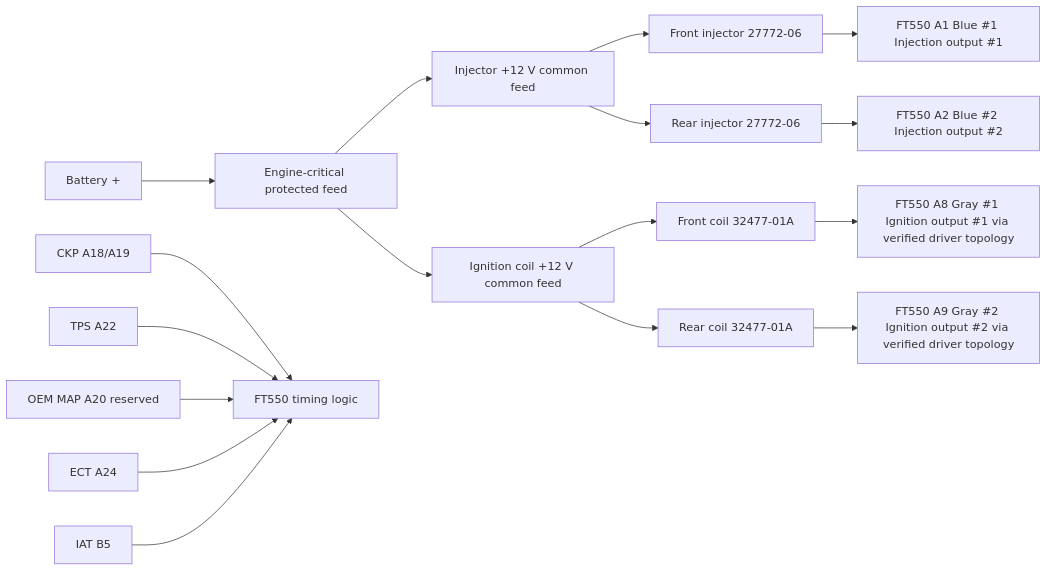
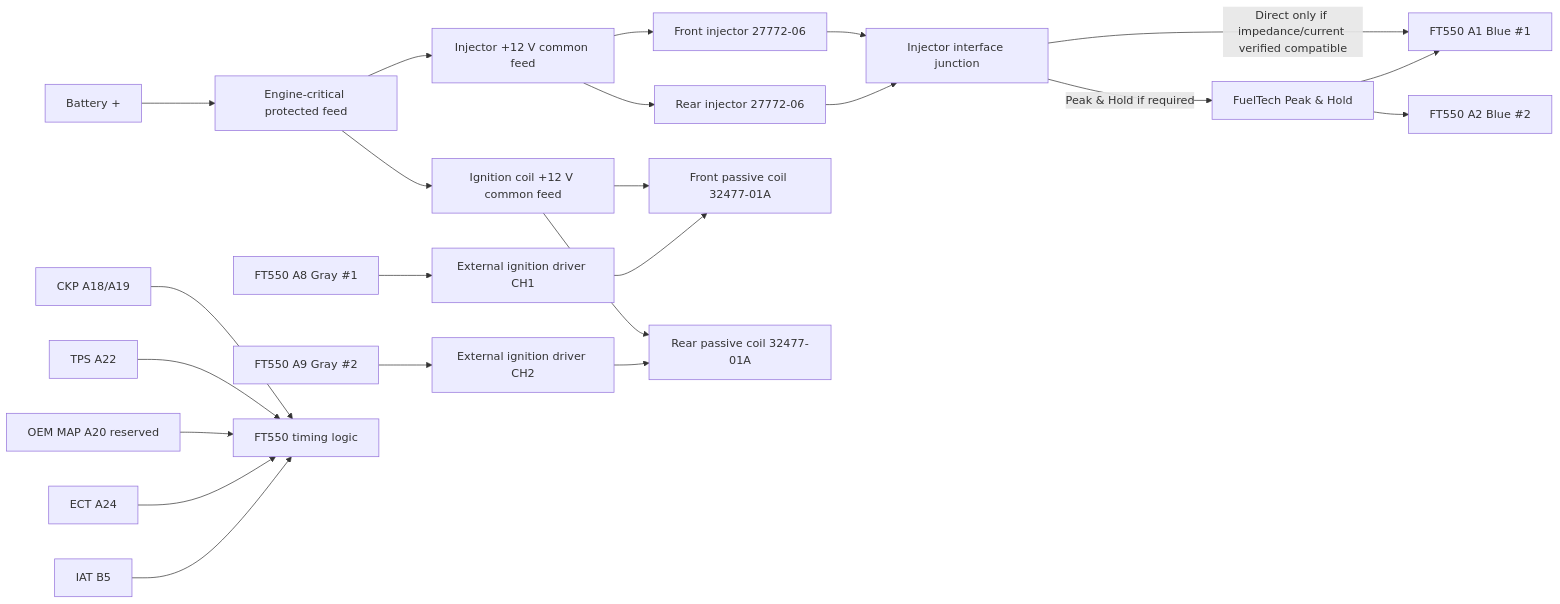
Before and after one commit to sawilso81-M8Cycle/Turbo-Vrod-Fueltec-550-Setup: the diagram in docs/HD-Style-Wiring/Sheet-03-Injection-and-Ignition.md, drawn with Mermaid. The commit also changed other lines of this file, not shown here.

Commit message:
Freeze passive-coil external igniter architecture in Sheet 03

````diff
--- a/docs/HD-Style-Wiring/Sheet-03-Injection-and-Ignition.md
+++ b/docs/HD-Style-Wiring/Sheet-03-Injection-and-Ignition.md
@@ -7,22 +7,28 @@
 ```mermaid
 flowchart LR
   BATT[Battery +] --> EPM[Engine-critical protected feed]
   EPM --> INJ12[Injector +12 V common feed]
   EPM --> COIL12[Ignition coil +12 V common feed]
 
   INJ12 --> INJF[Front injector 27772-06]
   INJ12 --> INJR[Rear injector 27772-06]
-  INJF --> INJFO[FT550 A1 Blue #1 Injection output #1]
-  INJR --> INJRO[FT550 A2 Blue #2 Injection output #2]
+  INJF --> IJ[Injector interface junction]
+  INJR --> IJ
+  IJ -->|Direct only if impedance/current verified compatible| A1[FT550 A1 Blue #1]
+  IJ -->|Peak & Hold if required| PH[FuelTech Peak & Hold]
+  PH --> A1
+  PH --> A2[FT550 A2 Blue #2]
 
-  COIL12 --> COILF[Front coil 32477-01A]
-  COIL12 --> COILR[Rear coil 32477-01A]
-  COILF --> IGNF[FT550 A8 Gray #1 Ignition output #1 via verified driver topology]
-  COILR --> IGNR[FT550 A9 Gray #2 Ignition output #2 via verified driver topology]
+  COIL12 --> COILF[Front passive coil 32477-01A]
+  COIL12 --> COILR[Rear passive coil 32477-01A]
+  A8[FT550 A8 Gray #1] --> SP1[External ignition driver CH1]
+  A9[FT550 A9 Gray #2] --> SP2[External ignition driver CH2]
+  SP1 --> COILF
+  SP2 --> COILR
 
   CKP[CKP A18/A19] --> FT[FT550 timing logic]
   TPS[TPS A22] --> FT
   MAP[OEM MAP A20 reserved] --> FT
   ECT[ECT A24] --> FT
   IAT[IAT B5] --> FT
 ```
````
